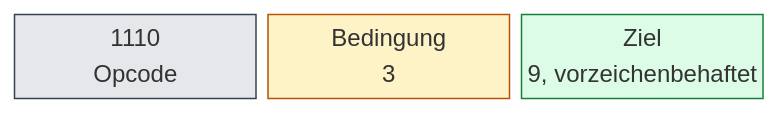
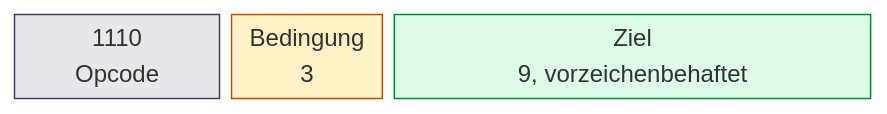
One commit to olfp/Deep16 changed the first of 4 diagrams in book/kap04.md. Above: the diagram before and after it, drawn with Mermaid. The commit also changed other lines of this file and 1 other file, not shown here.

Commit message:
book: Bitdiagramme Kap. 4 auf 16-Bit-Spalten (jede Box = Bitbreite) angeglichen

````diff
--- a/book/kap04.md
+++ b/book/kap04.md
@@ -44,13 +44,13 @@
 ```mermaid
 block-beta
-  columns 3
+  columns 16
   classDef op fill:#e5e7eb,stroke:#374151
   classDef imm fill:#fef3c7,stroke:#b45309
   classDef off fill:#dcfce7,stroke:#15803d
-  b0["1110<br/>Opcode"]:1
-  b1["Bedingung<br/>3"]:1
-  b2["Ziel<br/>9, vorzeichenbehaftet"]:1
+  b0["1110<br/>Opcode"]:4
+  b1["Bedingung<br/>3"]:3
+  b2["Ziel<br/>9, vorzeichenbehaftet"]:9
   class b0 op
   class b1 imm
   class b2 off
 ```
````
